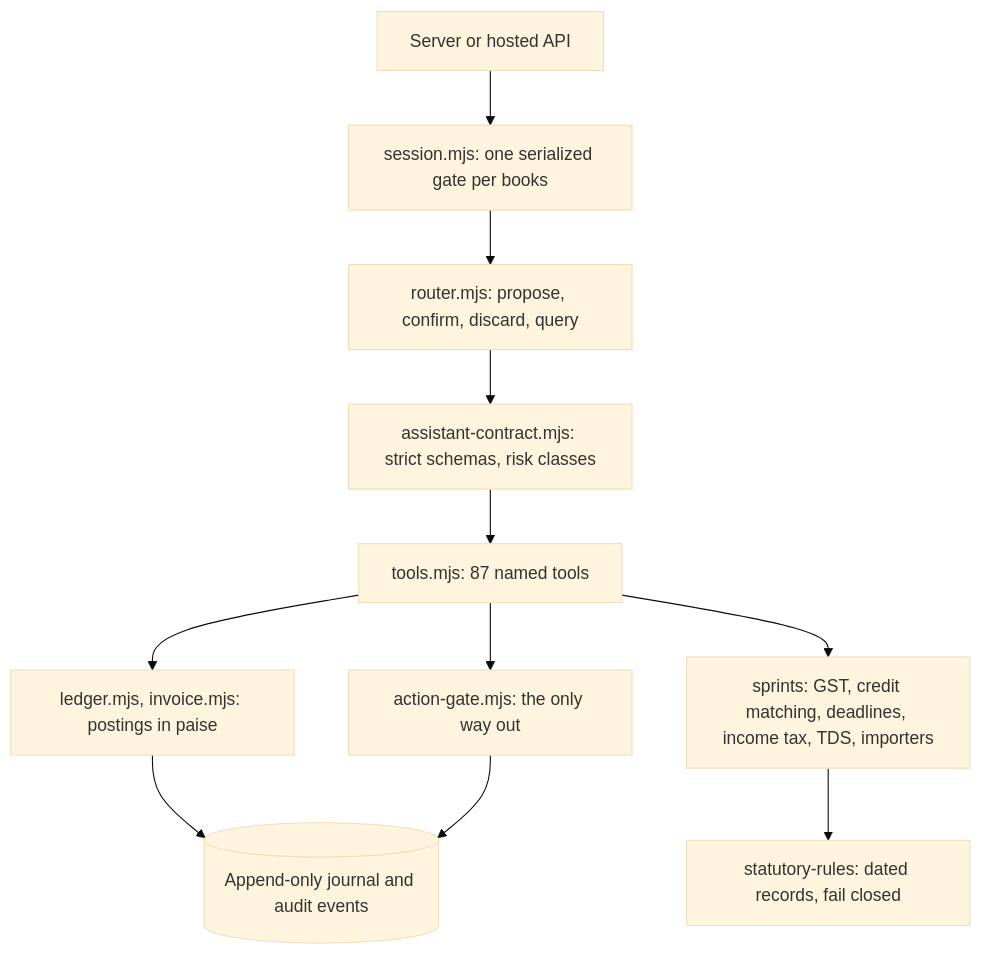
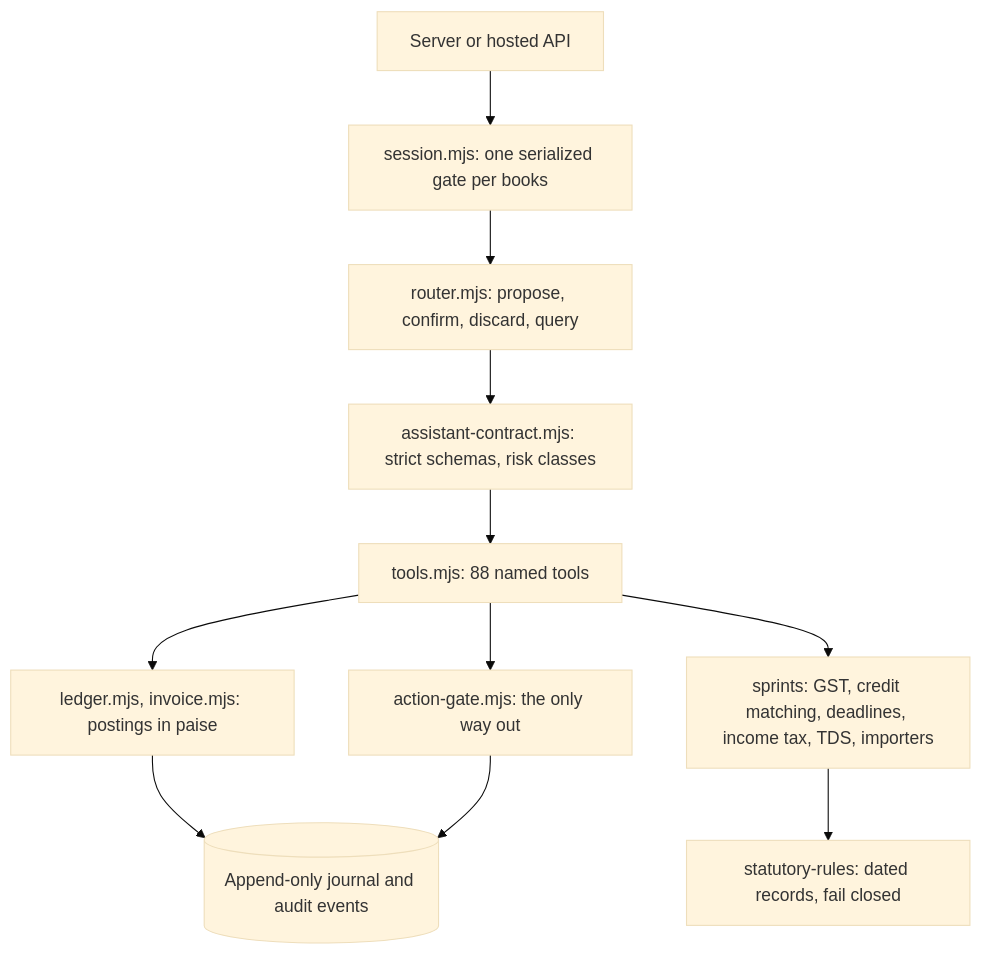
The second of 3 diagrams in docs/architecture/ARCHITECTURE.md (Vidyuthlabstechnologies/myca), drawn with Mermaid (base theme) before and after one commit. The commit also changed other lines of this file and 16 other files, not shown here.

````diff
--- a/docs/architecture/ARCHITECTURE.md
+++ b/docs/architecture/ARCHITECTURE.md
@@ -56,13 +56,13 @@
 ```mermaid
 flowchart TD
   caller[Server or hosted API] --> session[session.mjs: one serialized gate per books]
   session --> router[router.mjs: propose, confirm, discard, query]
   router --> contract[assistant-contract.mjs: strict schemas, risk classes]
-  contract --> tools[tools.mjs: 87 named tools]
+  contract --> tools[tools.mjs: 88 named tools]
   tools --> ledger[ledger.mjs, invoice.mjs: postings in paise]
   tools --> engines[sprints: GST, credit matching, deadlines, income tax, TDS, importers]
   tools --> gate[action-gate.mjs: the only way out]
   engines --> rules[statutory-rules: dated records, fail closed]
   ledger --> journal[(Append-only journal and audit events)]
   gate --> journal
 ```
````
